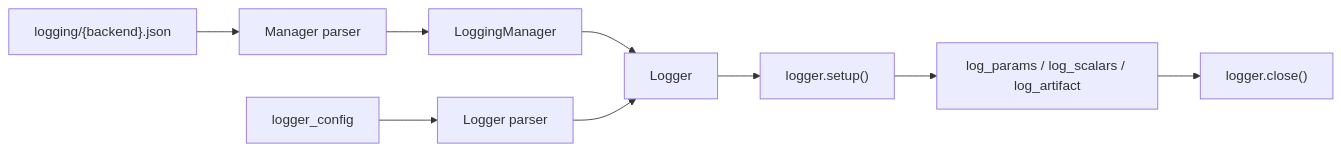
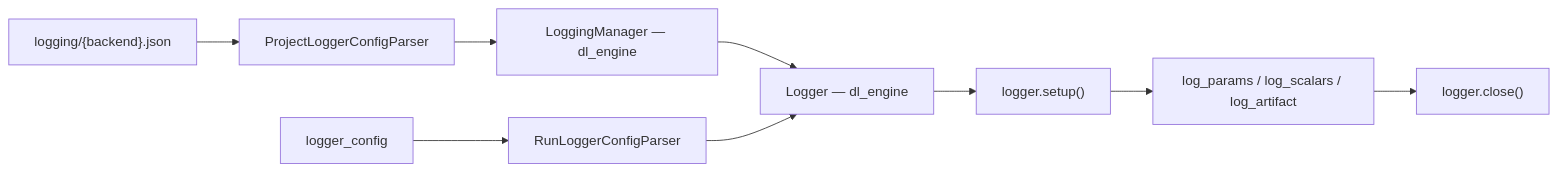
Before and after one commit to ayhem18/dl_toolbox: the diagram in standards/experiment_management/logging/logger.md, drawn with Mermaid. The commit also changed other lines of this file and 146 other files, not shown here.

````diff
--- a/standards/experiment_management/logging/logger.md
+++ b/standards/experiment_management/logging/logger.md
@@ -54,11 +54,11 @@
 ```mermaid
 flowchart LR
-  store["logging/{backend}.json"] --> mp["Manager parser"]
-  mp --> mgr["LoggingManager"]
-  cfg["logger_config"] --> lp["Logger parser"]
-  mgr --> logger["Logger"]
+  store["logging/{backend}.json"] --> mp["ProjectLoggerConfigParser"]
+  mp --> mgr["LoggingManager — dl_engine"]
+  cfg["logger_config"] --> lp["RunLoggerConfigParser"]
+  mgr --> logger["Logger — dl_engine"]
   lp --> logger
   logger --> setup["logger.setup()"]
   setup --> api["log_params / log_scalars / log_artifact"]
   api --> close["logger.close()"]
 ```
````
